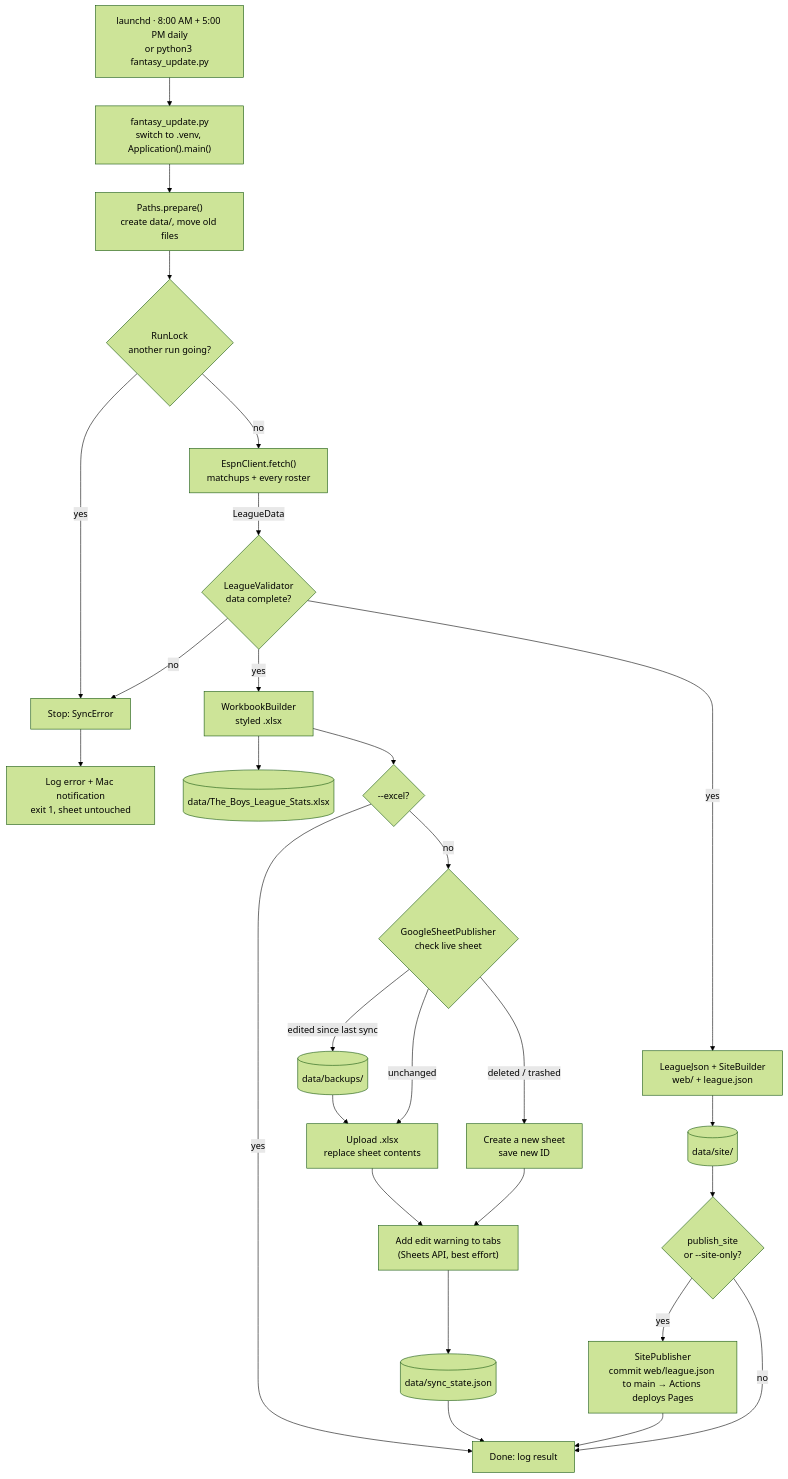
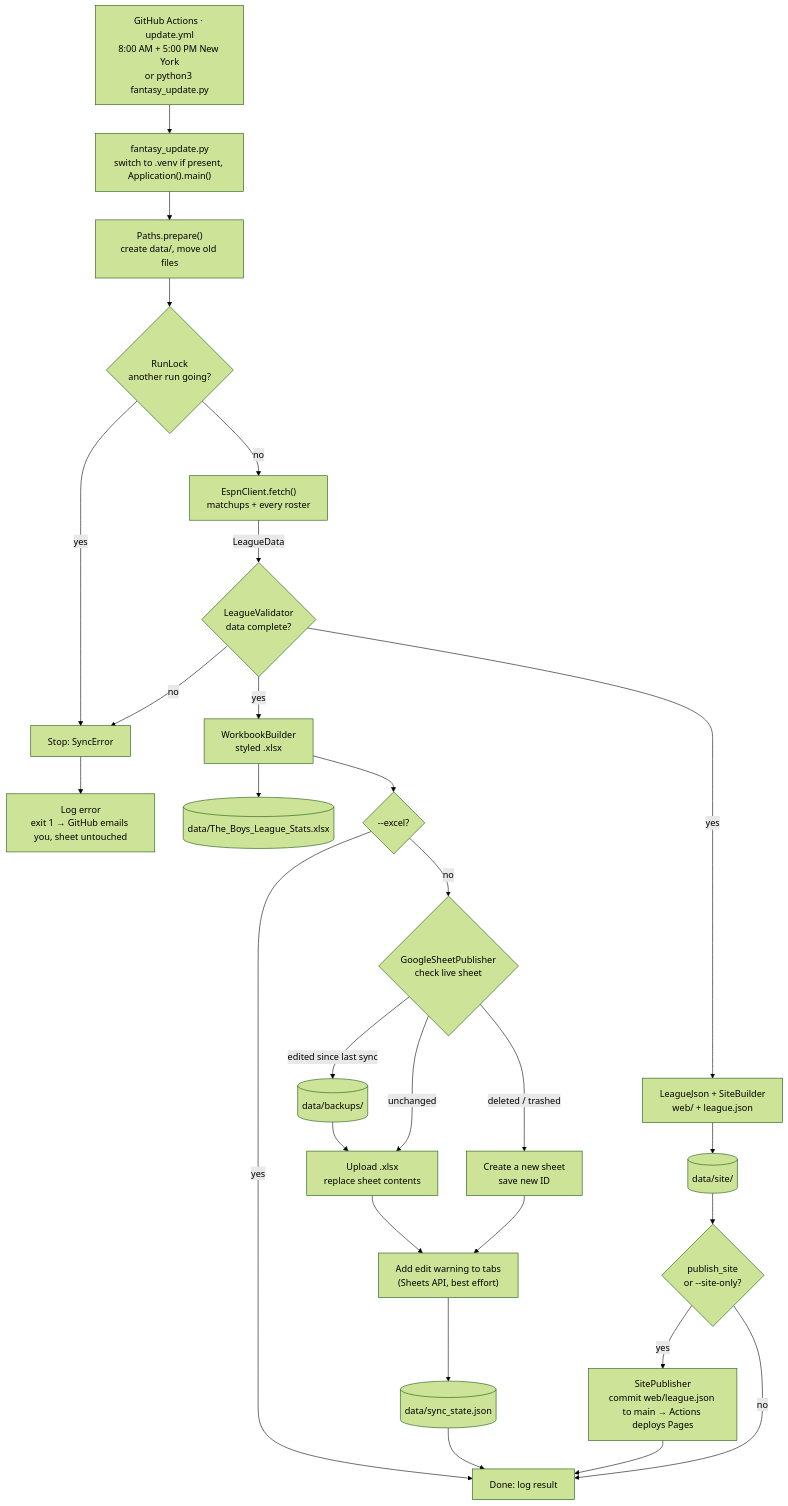
The diagram in docs/ARCHITECTURE.md (renkecui/FantasyReport), drawn with Mermaid (forest theme) before and after one commit. The commit also changed other lines of this file and 17 other files, not shown here.

First line of the commit message:
Drop the Mac from the scheduled update; GitHub Actions runs it

````diff
--- a/docs/ARCHITECTURE.md
+++ b/docs/ARCHITECTURE.md
@@ -3,30 +3,30 @@
 ```mermaid
 flowchart TD
-    S["launchd · 8:00 AM + 5:00 PM daily<br/>or python3 fantasy_update.py"] --> E["fantasy_update.py<br/>switch to .venv, Application().main()"]
+    S["GitHub Actions · update.yml<br/>8:00 AM + 5:00 PM New York<br/>or python3 fantasy_update.py"] --> E["fantasy_update.py<br/>switch to .venv if present, Application().main()"]
     E --> P["Paths.prepare()<br/>create data/, move old files"]
     P --> K{"RunLock<br/>another run going?"}
     K -- yes --> X["Stop: SyncError"]
     K -- no --> C["EspnClient.fetch()<br/>matchups + every roster"]
     C -- "LeagueData" --> V{"LeagueValidator<br/>data complete?"}
     V -- no --> X
     V -- yes --> W["WorkbookBuilder<br/>styled .xlsx"]
     W --> L[("data/The_Boys_League_Stats.xlsx")]
     V -- yes --> SE["LeagueJson + SiteBuilder<br/>web/ + league.json"]
     SE --> SD[("data/site/")]
     SD --> SP{"publish_site<br/>or --site-only?"}
     SP -- yes --> GP["SitePublisher<br/>commit web/league.json to main → Actions deploys Pages"]
     SP -- no --> D
     GP --> D
     W --> G{"--excel?"}
     G -- yes --> D["Done: log result"]
     G -- no --> CK{"GoogleSheetPublisher<br/>check live sheet"}
     CK -- "edited since last sync" --> B[("data/backups/")]
     B --> U
     CK -- "unchanged" --> U["Upload .xlsx<br/>replace sheet contents"]
     CK -- "deleted / trashed" --> N["Create a new sheet<br/>save new ID"]
     N --> PR
     U --> PR["Add edit warning to tabs<br/>(Sheets API, best effort)"]
     PR --> ST[("data/sync_state.json")]
     ST --> D
-    X --> M["Log error + Mac notification<br/>exit 1, sheet untouched"]
+    X --> M["Log error<br/>exit 1 → GitHub emails you, sheet untouched"]
 ```
````
